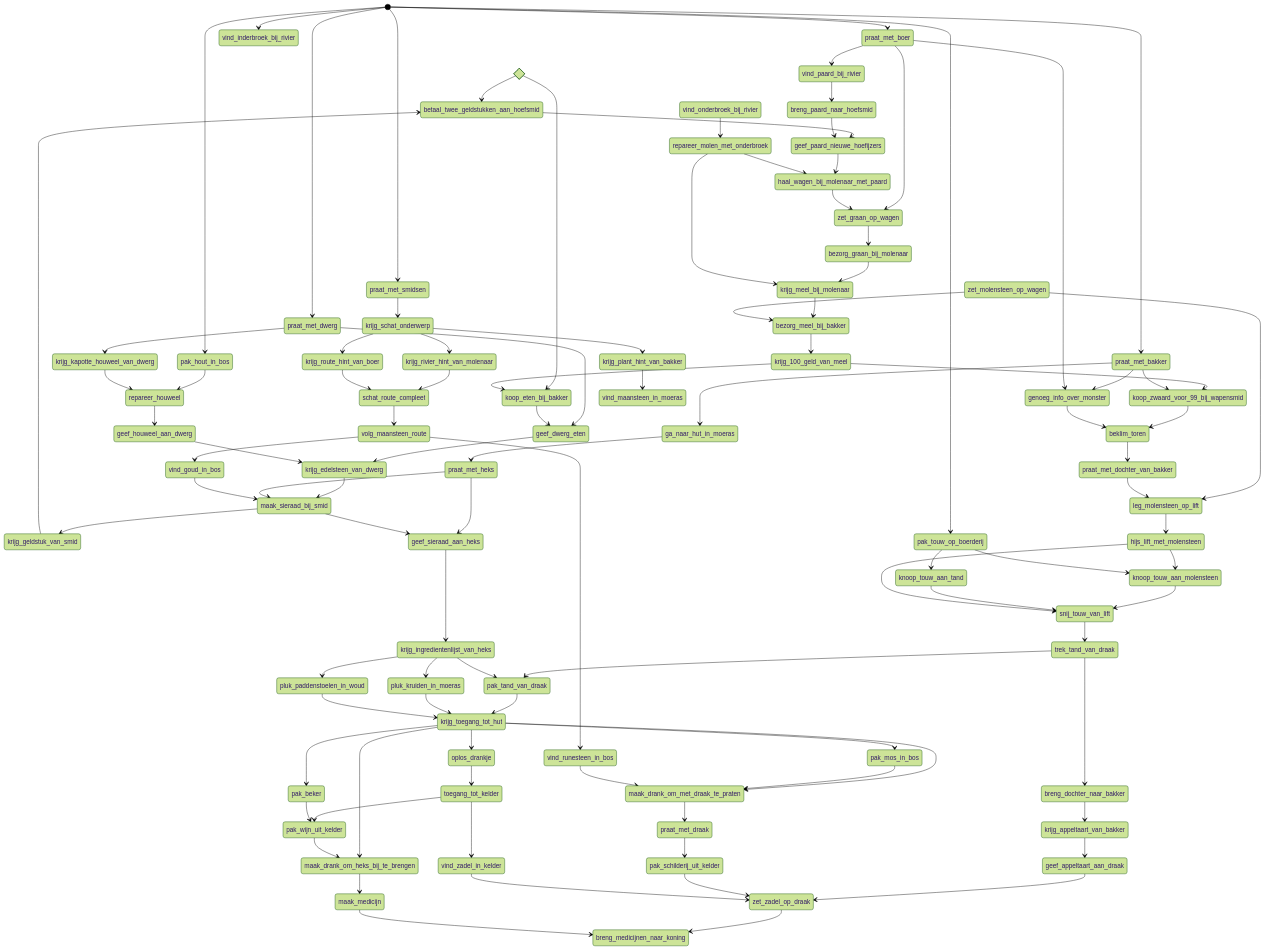
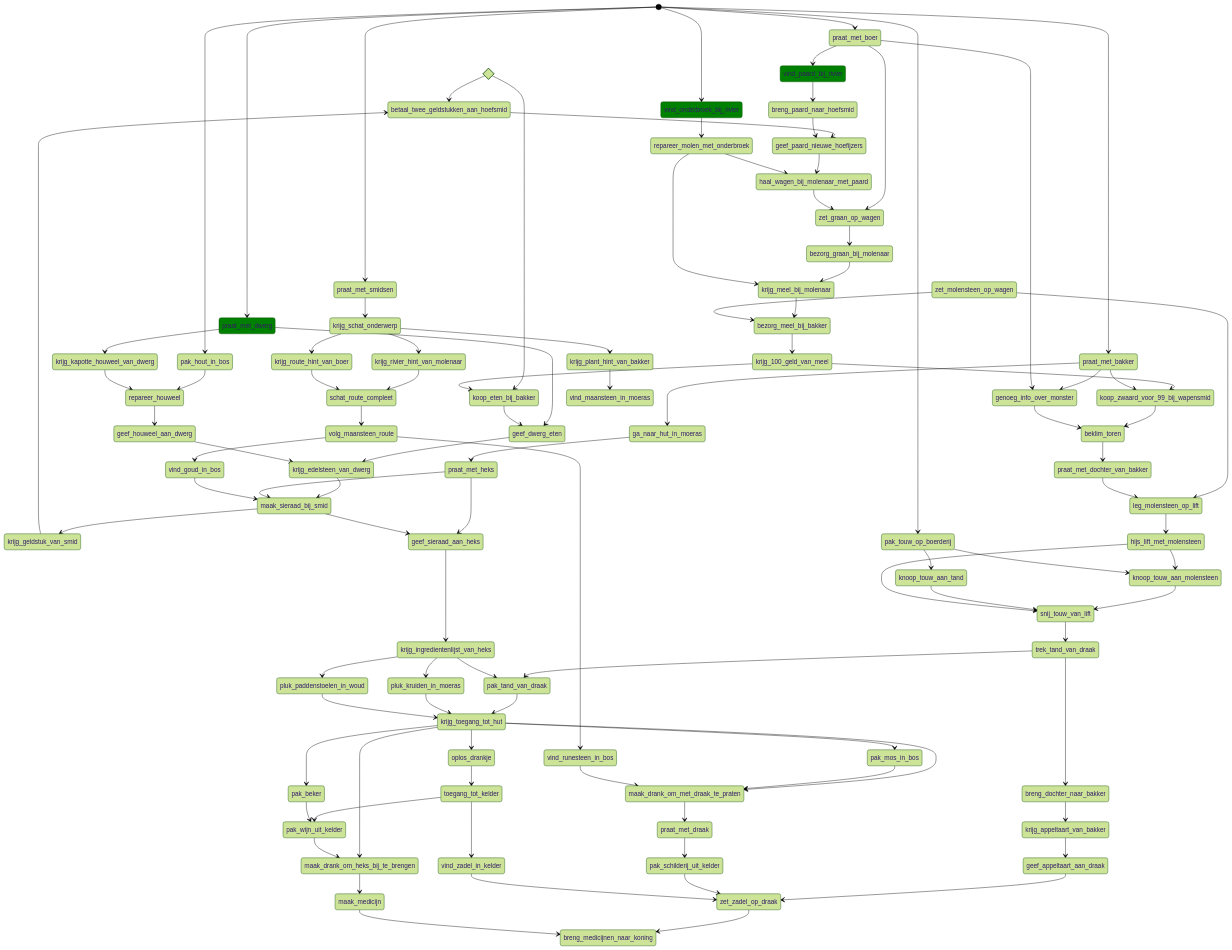
The diagram in koerier/puzzle-dependency-diagram.md (matthijsgroen/tekst-avontuur), drawn with Mermaid (forest theme) before and after one commit. The commit also changed 20 other files, not shown here.

````diff
--- a/koerier/puzzle-dependency-diagram.md
+++ b/koerier/puzzle-dependency-diagram.md
@@ -3,5 +3,6 @@
 ```mermaid
 stateDiagram
+  classDef done fill:green
 
   koop_zwaard_voor_99_bij_wapensmid --> beklim_toren
   genoeg_info_over_monster --> beklim_toren
@@ -148,7 +149,7 @@
   volg_maansteen_route --> vind_goud_in_bos
   krijg_plant_hint_van_bakker --> vind_maansteen_in_moeras
 
-  [*] --> vind_inderbroek_bij_rivier
+  [*] --> vind_onderbroek_bij_rivier
   praat_met_boer --> vind_paard_bij_rivier
   volg_maansteen_route --> vind_runesteen_in_bos
 
@@ -163,4 +164,5 @@
   pak_schilderij_uit_kelder --> zet_zadel_op_draak
   vind_zadel_in_kelder --> zet_zadel_op_draak
 
+  class vind_onderbroek_bij_rivier, vind_paard_bij_rivier, praat_met_dwerg done
 ```
````
